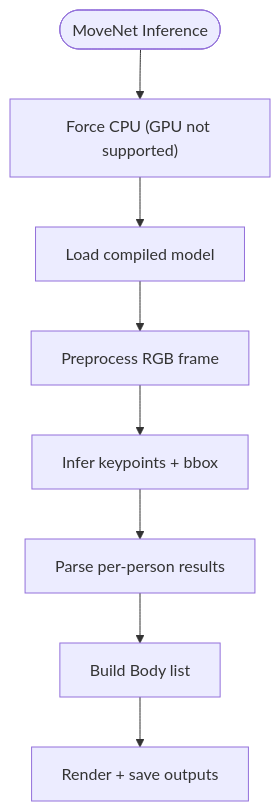
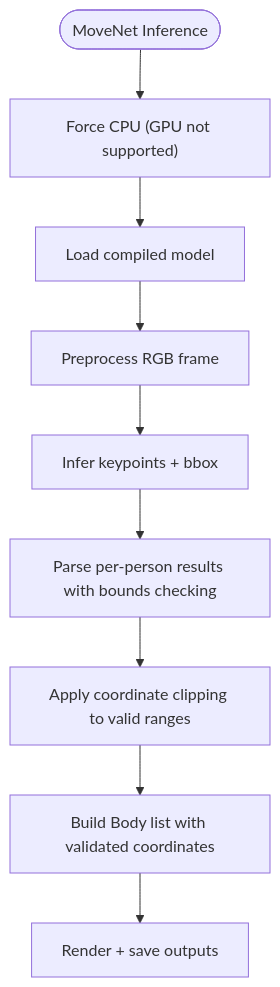
Before and after one commit to Fogus-Gr/MeasurementsDTs: the seventh of 8 diagrams in .qoder/repowiki/en/content/Model Implementations/Model Implementations.md, drawn with Mermaid. The commit also changed other lines of this file and 11 other files, not shown here.

````diff
--- a/.qoder/repowiki/en/content/Model Implementations/Model Implementations.md
+++ b/.qoder/repowiki/en/content/Model Implementations/Model Implementations.md
@@ -339,10 +349,11 @@
 ```mermaid
 flowchart TD
 Start(["MoveNet Inference"]) --> CPUOnly["Force CPU (GPU not supported)"]
 CPUOnly --> Load["Load compiled model"]
 Load --> Pre["Preprocess RGB frame"]
 Pre --> Infer["Infer keypoints + bbox"]
-Infer --> Post["Parse per-person results"]
-Post --> Bodies["Build Body list"]
+Infer --> Post["Parse per-person results with bounds checking"]
+Post --> Clip["Apply coordinate clipping to valid ranges"]
+Clip --> Bodies["Build Body list with validated coordinates"]
 Bodies --> Save["Render + save outputs"]
 ```
````
